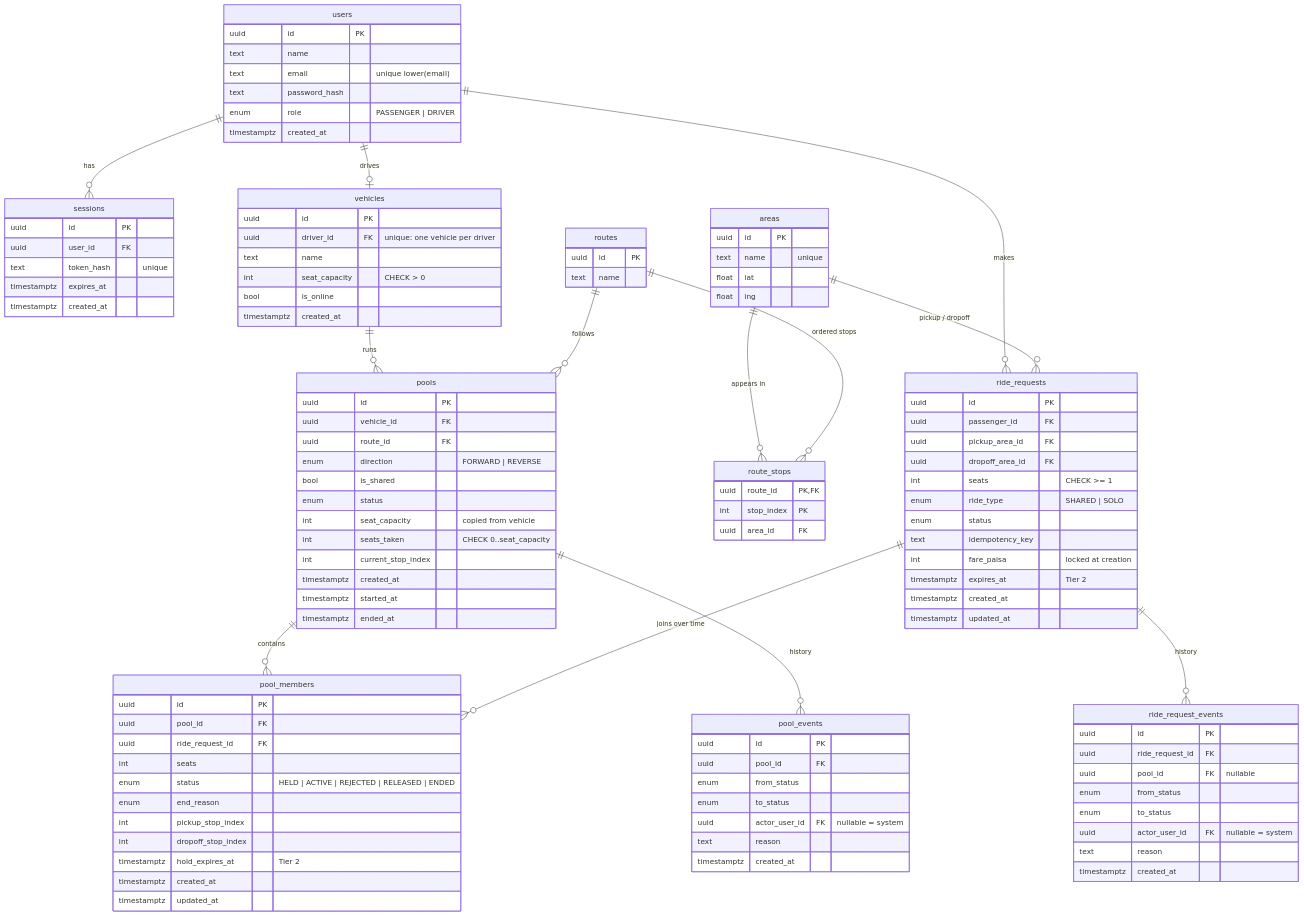
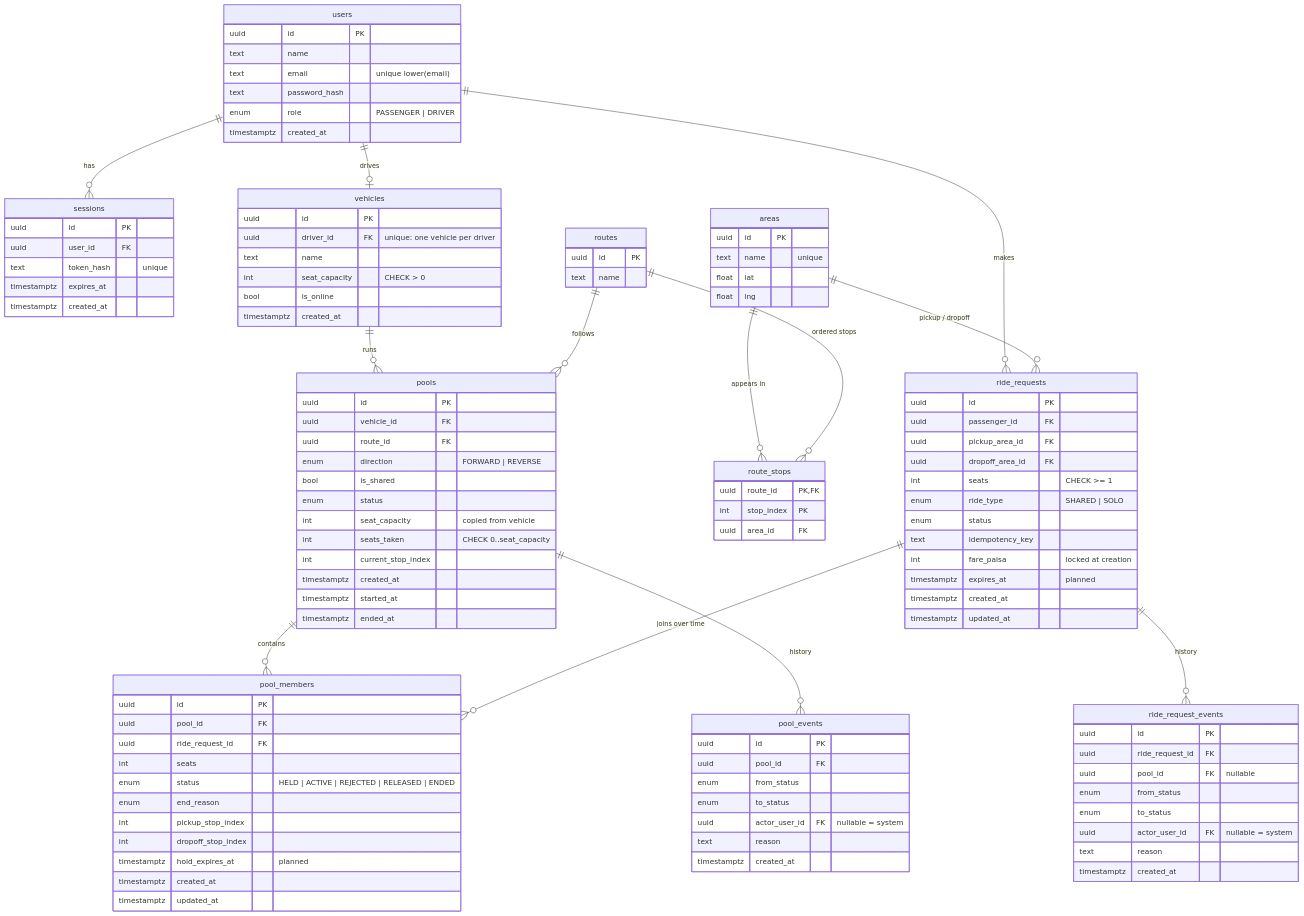
One commit to istiak133/Tesla changed the diagram in docs/erd.md. Above: the diagram before and after it, drawn with Mermaid. The commit also changed other lines of this file, not shown here.

Commit message:
docs(db): add ERD with constraints and indexes

```diff
--- a/docs/erd.md
+++ b/docs/erd.md
@@ -66,7 +66,7 @@
         enum status
         text idempotency_key
         int fare_paisa "locked at creation"
-        timestamptz expires_at "Tier 2"
+        timestamptz expires_at "planned"
         timestamptz created_at
         timestamptz updated_at
     }
@@ -93,7 +93,7 @@
         enum end_reason
         int pickup_stop_index
         int dropoff_stop_index
-        timestamptz hold_expires_at "Tier 2"
+        timestamptz hold_expires_at "planned"
         timestamptz created_at
         timestamptz updated_at
     }
```
